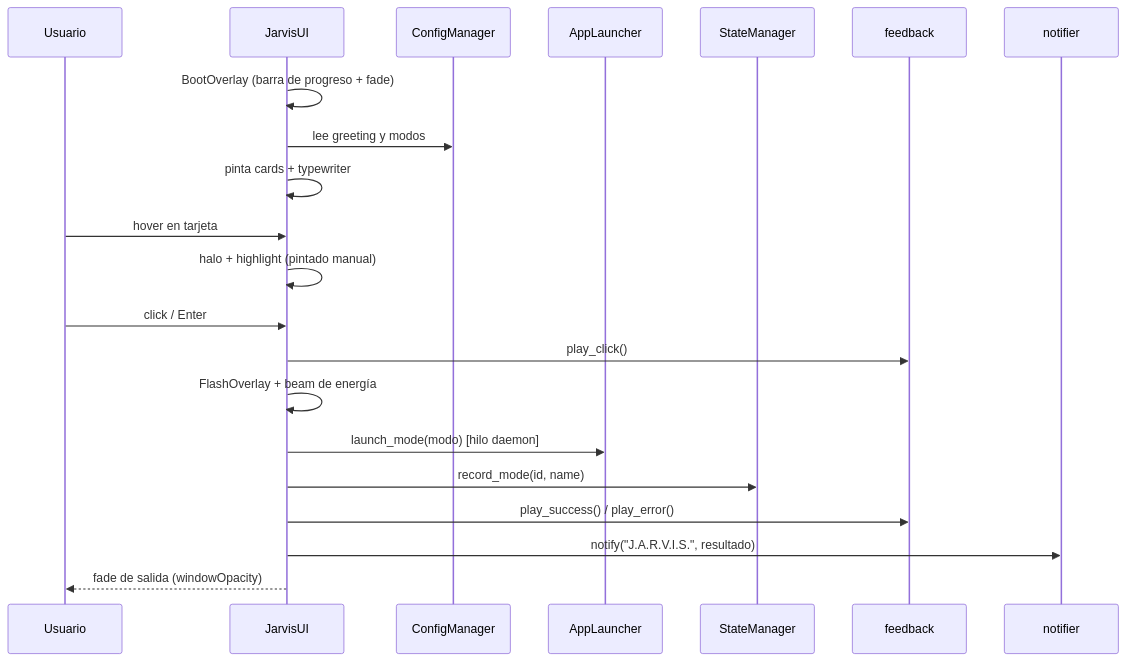
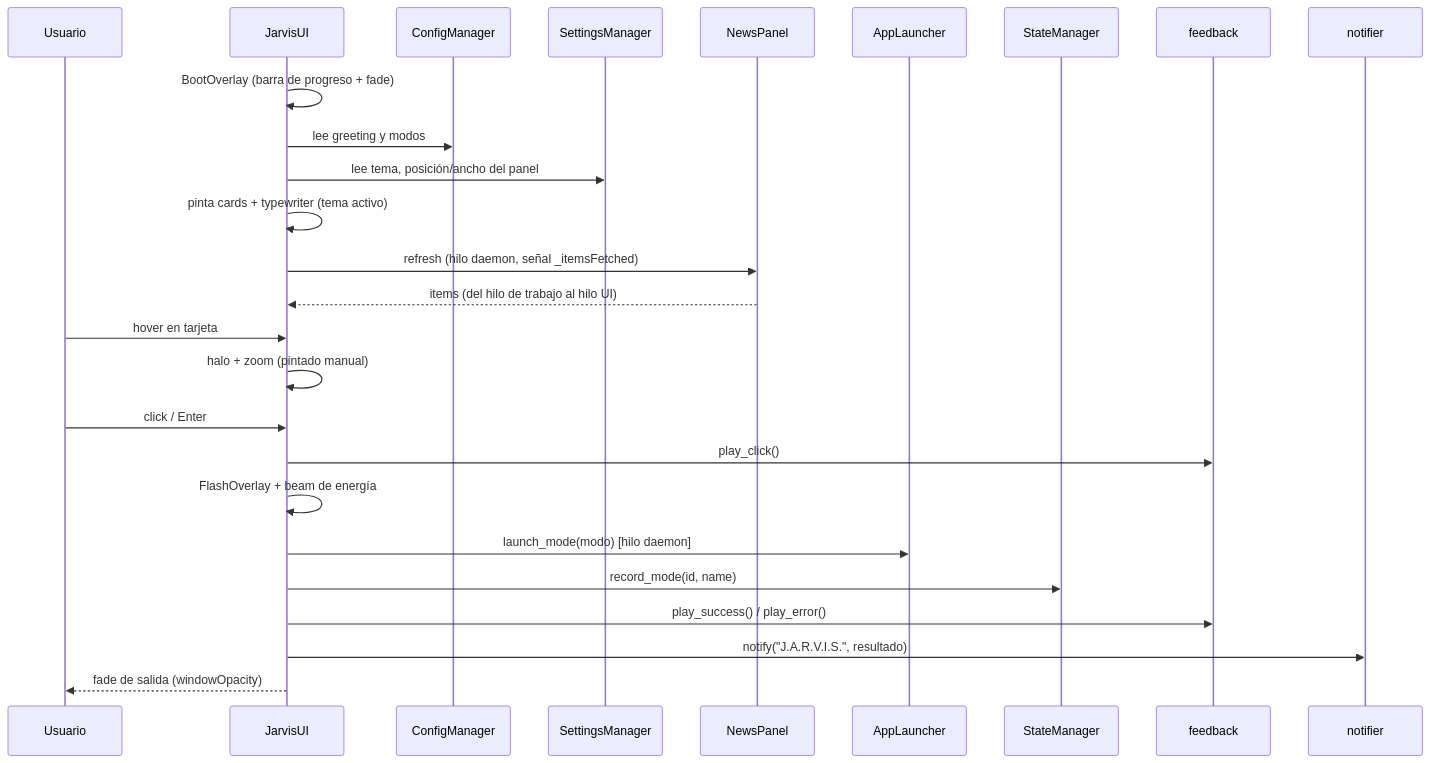
Before and after one commit to GexStudio-Team/jarvis-launcher: the second of 2 diagrams in docs/Arquitectura.md, drawn with Mermaid. The commit also changed other lines of this file and 6 other files, not shown here.

````diff
--- a/docs/Arquitectura.md
+++ b/docs/Arquitectura.md
@@ -116,24 +187,29 @@
 ```mermaid
 sequenceDiagram
     participant U as Usuario
     participant W as JarvisUI
     participant C as ConfigManager
+    participant S as SettingsManager
+    participant N as NewsPanel
     participant L as AppLauncher
-    participant S as StateManager
+    participant ST as StateManager
     participant F as feedback
-    participant N as notifier
+    participant NT as notifier
 
     W->>W: BootOverlay (barra de progreso + fade)
     W->>C: lee greeting y modos
-    W->>W: pinta cards + typewriter
+    W->>S: lee tema, posición/ancho del panel
+    W->>W: pinta cards + typewriter (tema activo)
+    W->>N: refresh (hilo daemon, señal _itemsFetched)
+    N-->>W: items (del hilo de trabajo al hilo UI)
     U->>W: hover en tarjeta
-    W->>W: halo + highlight (pintado manual)
+    W->>W: halo + zoom (pintado manual)
     U->>W: click / Enter
     W->>F: play_click()
     W->>W: FlashOverlay + beam de energía
     W->>L: launch_mode(modo) [hilo daemon]
-    W->>S: record_mode(id, name)
+    W->>ST: record_mode(id, name)
     W->>F: play_success() / play_error()
-    W->>N: notify("J.A.R.V.I.S.", resultado)
+    W->>NT: notify("J.A.R.V.I.S.", resultado)
     W-->>U: fade de salida (windowOpacity)
 ```
````
